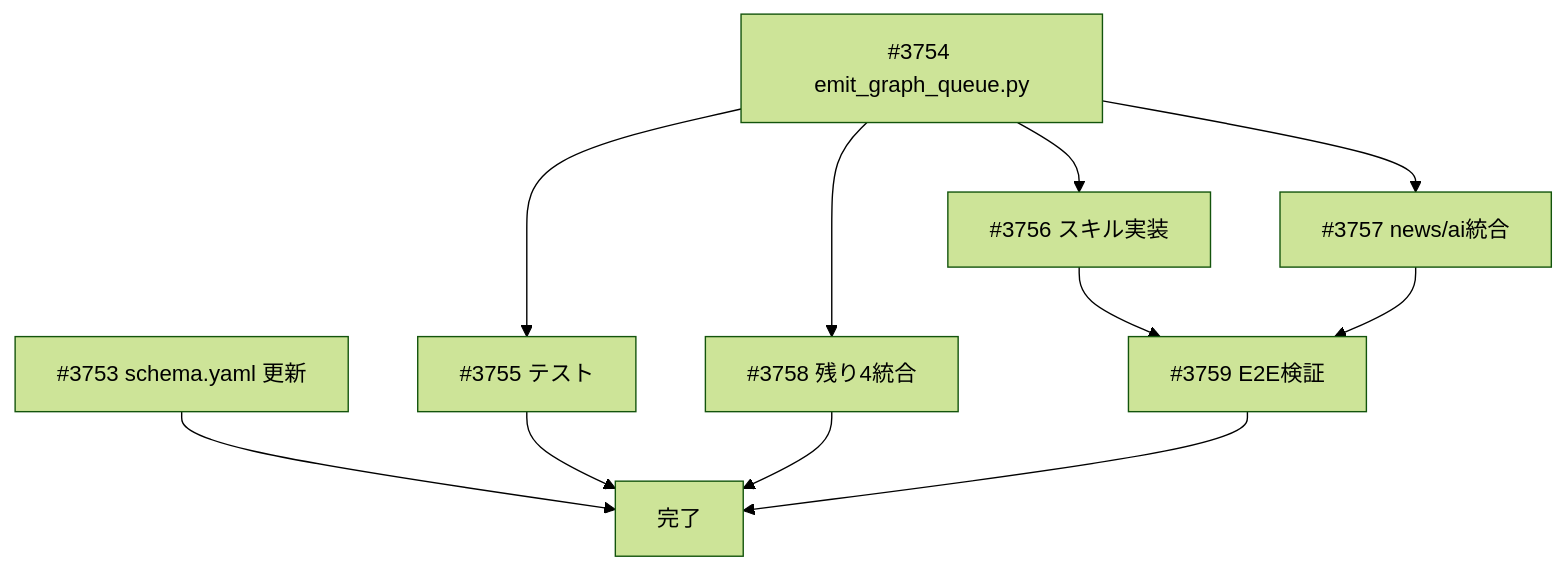
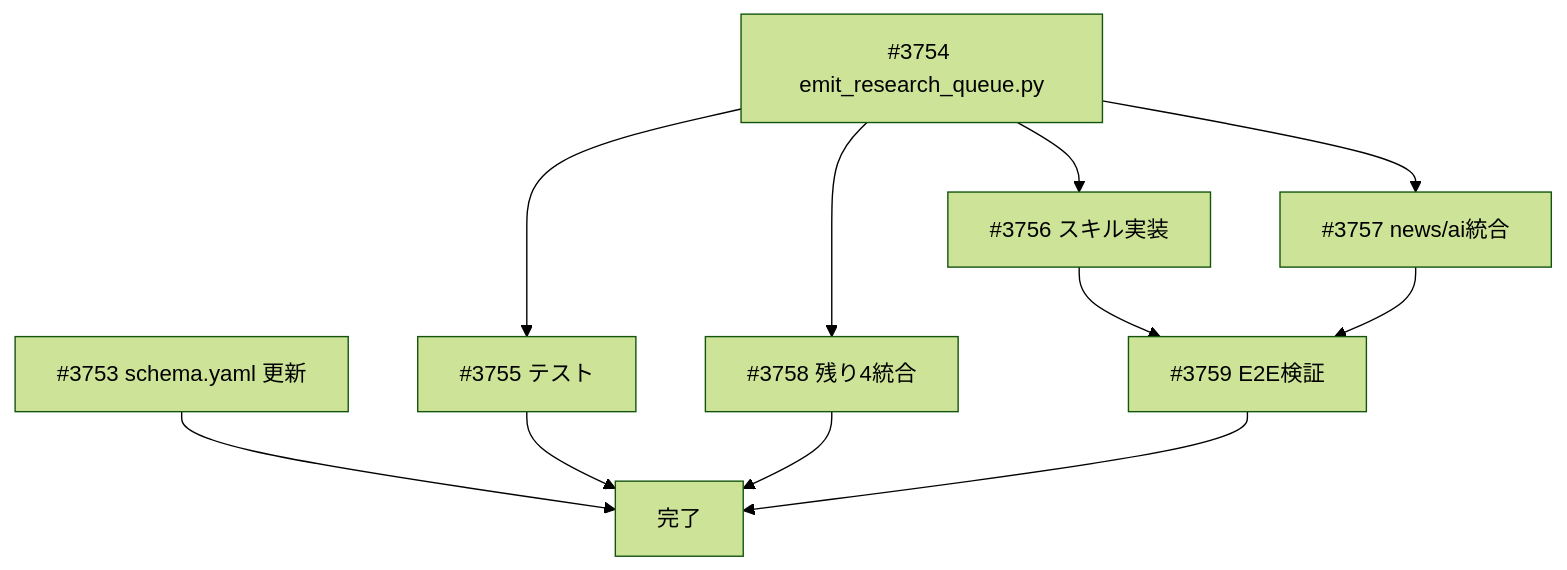
Before and after one commit to YH-05/note-finance: the diagram in docs/project/project-6/project.md, drawn with Mermaid (forest theme). The commit also changed other lines of this file and 222 other files, not shown here.

First line of the commit message:
refactor: save-to-graph → save-to-research-graph リネーム、data_pipeline Layer0追加、career_sister週次更新

````diff
--- a/docs/project/project-6/project.md
+++ b/docs/project/project-6/project.md
@@ -141,13 +141,13 @@
 ```mermaid
 graph TD
     A["#3753 schema.yaml 更新"] --> END["完了"]
-    B["#3754 emit_graph_queue.py"] --> C["#3755 テスト"]
+    B["#3754 emit_research_queue.py"] --> C["#3755 テスト"]
     B --> D["#3756 スキル実装"]
     B --> E["#3757 news/ai統合"]
     B --> F["#3758 残り4統合"]
     D --> G["#3759 E2E検証"]
     E --> G
     C --> END
     F --> END
     G --> END
 ```
````
